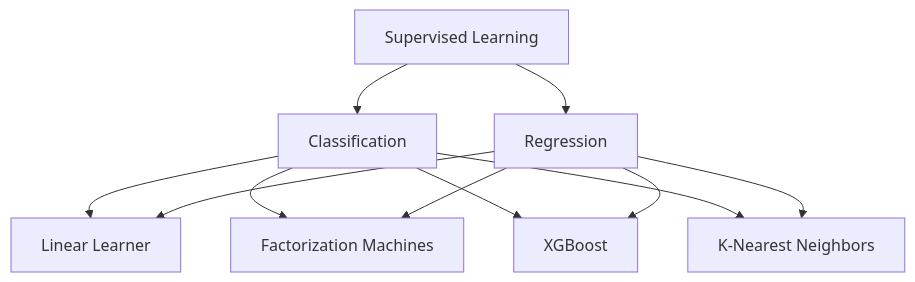
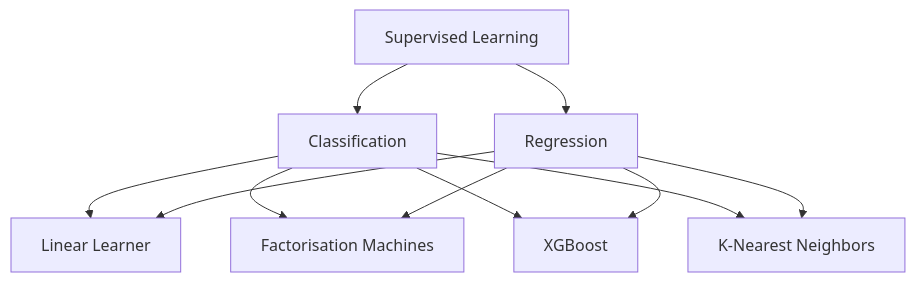
Before and after one commit to leejonchapman/AWS-Certified-AI-Practitioner---AIF-C01-notes: the tenth of 17 diagrams in 04_developingMachineLearningSolutions.md, drawn with Mermaid. The commit also changed other lines of this file and 2 other files, not shown here.

````diff
--- a/04_developingMachineLearningSolutions.md
+++ b/04_developingMachineLearningSolutions.md
@@ -345,14 +345,14 @@
 ```mermaid
 flowchart TD
     SL[Supervised Learning]
     SL --> C[Classification]
     SL --> R[Regression]
     C --> LL[Linear Learner]
-    C --> FM[Factorization Machines]
+    C --> FM[Factorisation Machines]
     C --> XGB[XGBoost]
     C --> KNN[K-Nearest Neighbors]
     R --> LL
     R --> FM
     R --> XGB
     R --> KNN
 ```
````
